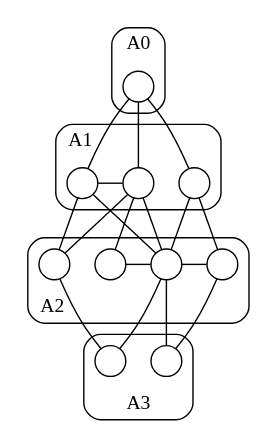
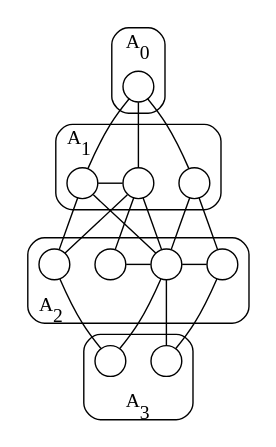
Before and after one commit to shaazzz/GTOI: the diagram in dot/BFS_Graph.dot, drawn with Graphviz. The commit also changed 3 other files, not shown here.

Commit message:
Modified Some Graphviz Files

```diff
--- a/dot/BFS_Graph.dot
+++ b/dot/BFS_Graph.dot
@@ -1,64 +1,63 @@
 graph G {
 	node [label="", shape=circle, width=0.3];
 	
 	subgraph cluster_0 {
 	    style=rounded
-	    tooltip=A0
-	    label=A0
+	    label=<A<SUB>0</SUB>>
 	    A
 	}
 	subgraph cluster_1 {
 	    style=rounded
-	    label=A1
+	    label=<A<SUB>1</SUB>>
 	    labeljust=l
 	    B, C, D
 	    B -- C
 	    C -- D [style=invis]
 	    {rank=same; B, C, D}
 	}
 	subgraph cluster_2 {
 	    style=rounded
-	    label=A2
+	    label=<A<SUB>2</SUB>>
 	    labeljust=l
 	    labelloc=b
 	    E -- F [style=invis]
 	    F -- G -- H
 	    {rank=same; E, F, G, H}
 	}
 	subgraph cluster_3 {
 	    style=rounded
-	    label=A3
+	    label=<A<SUB>3</SUB>>
 	    //labeljust=l
 	    labelloc=b
 	    I, J
 	}
 	
 	A -- D [style=invis]
 	A -- C [style=invis]
 	C -- E [style=invis, weight=126]
 	C -- F [style=invis]
 	B -- E [style=invis]
 	
 	D -- H [style=invis, weight=65]
 	
 	F -- I [style=invis]
 	G -- J [style=invis]
 	A -- {B, C, D} [constraint=false]
 	B -- {E, G} [constraint=false]
 	C -- {E, F, G} [constraint=false]
 	D -- {G, H} [constraint=false]
 	E -- {I} [constraint=false]
 	G -- {I, J} [constraint=false]
 	H -- {J} [constraint=false]
 	F -- I [style=invis]
 	G -- J [style=invis]
 	
 	C -- F [style=invis, weight=0]
 	
 	A -- D [style=invis]
 	A -- C [style=invis, weight=2]
 	B -- E [style=invis]
 	
 	D -- H [style=invis, weight=65]
 	C -- E [style=invis]
 }
```
